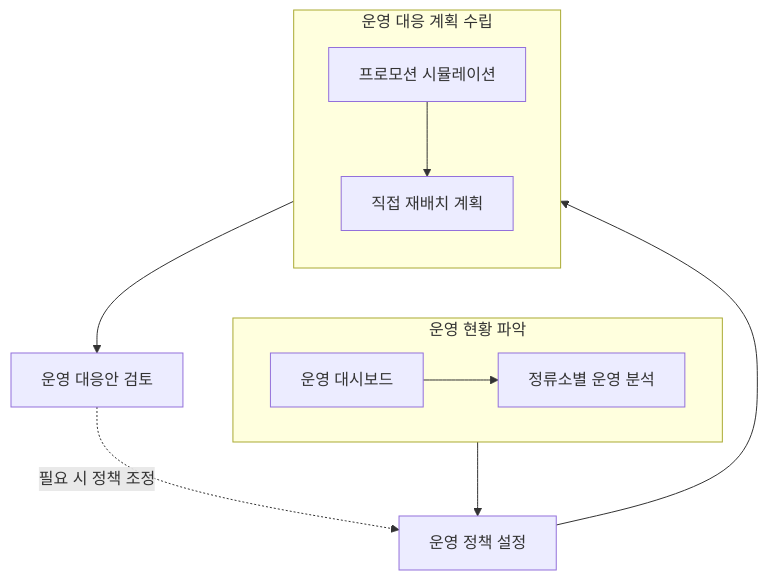
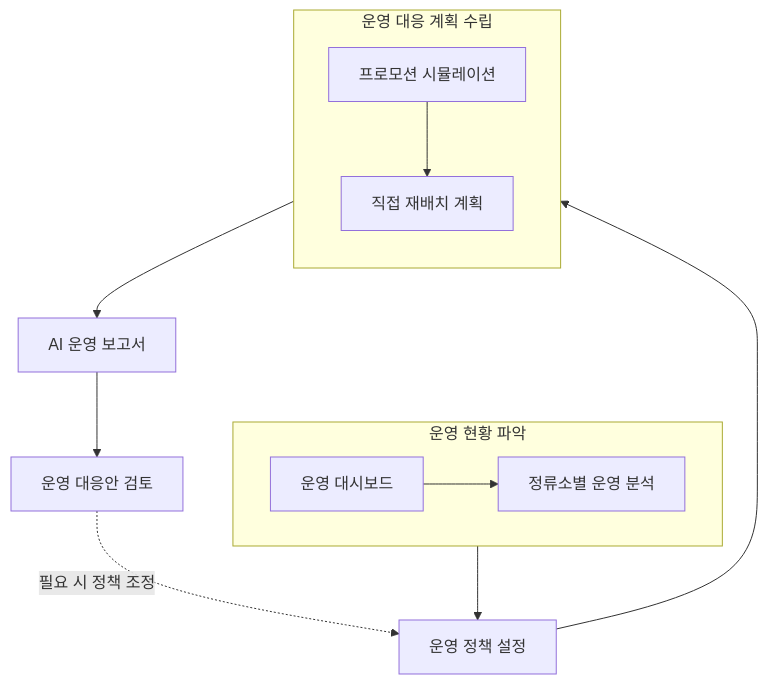
Before and after one commit to DDylan05/GoruFleet: the first of 2 diagrams in readme.md, drawn with Mermaid. The commit also changed other lines of this file, not shown here.

````diff
--- a/readme.md
+++ b/readme.md
@@ -78,29 +78,31 @@
 ```mermaid
 flowchart TB
 
     subgraph MONITOR["운영 현황 파악"]
         direction LR
         DASH["운영 대시보드"]
         STATION["정류소별 운영 분석"]
 
         DASH --> STATION
     end
 
     POLICY["운영 정책 설정"]
 
     subgraph PLAN["운영 대응 계획 수립"]
         direction TB
         PROMO["프로모션 시뮬레이션"]
         RELOC["직접 재배치 계획"]
 
         PROMO --> RELOC
     end
 
+    AI_REPORT["AI 운영 보고서"]
     REVIEW["운영 대응안 검토"]
 
     STATION --> POLICY
     POLICY --> PROMO
-    RELOC --> REVIEW
+    RELOC --> AI_REPORT
+    AI_REPORT --> REVIEW
 
     REVIEW -.->|필요 시 정책 조정| POLICY
 ```
````
